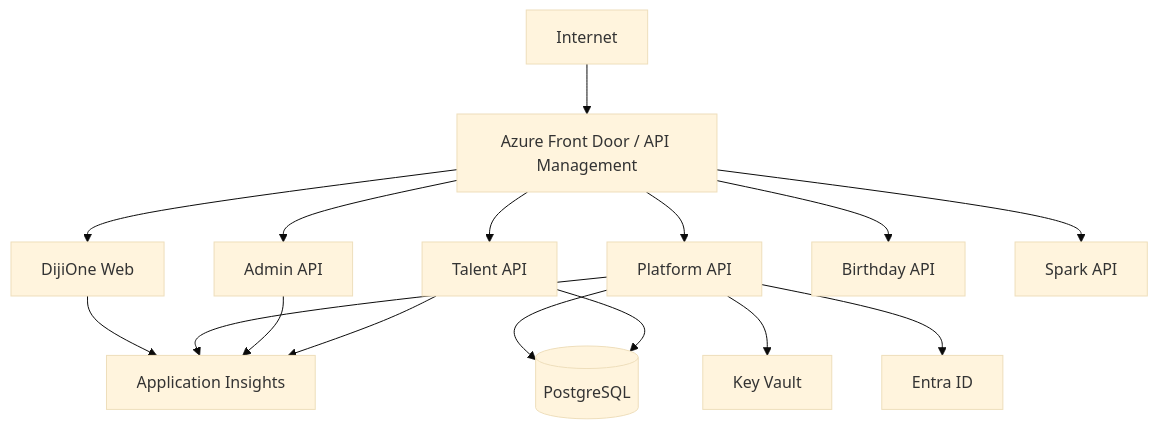
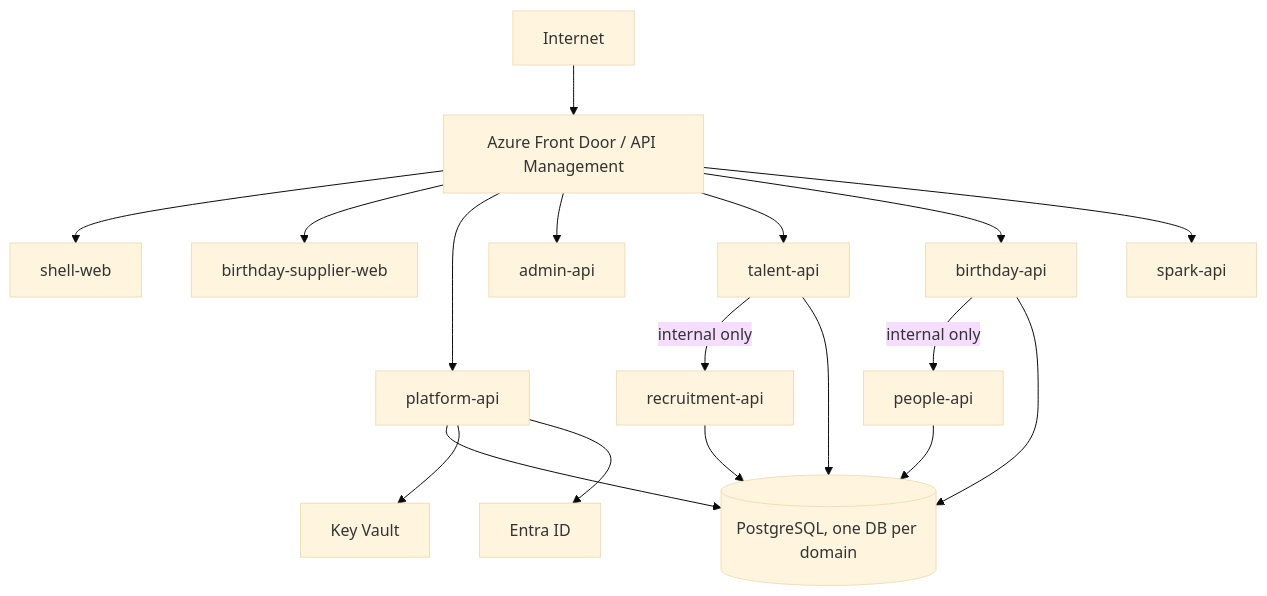
Before and after one commit to IMWeeriyasinghe/dijione-platform: the diagram in docs/platform/service-contracts.md, drawn with Mermaid (base theme). The commit also changed other lines of this file and 67 other files, not shown here.

````diff
--- a/docs/platform/service-contracts.md
+++ b/docs/platform/service-contracts.md
@@ -179,18 +249,20 @@
 ```mermaid
 flowchart TB
     Internet --> AFD[Azure Front Door / API Management]
-    AFD --> ShellWeb[DijiOne Web]
-    AFD --> PlatformAPI[Platform API]
-    AFD --> AdminAPI[Admin API]
-    AFD --> TalentAPI[Talent API]
-    AFD --> BirthdayAPI[Birthday API]
-    AFD --> SparkAPI[Spark API]
-    PlatformAPI --> PG[(PostgreSQL)]
+    AFD --> ShellWeb[shell-web]
+    AFD --> SupplierWeb[birthday-supplier-web]
+    AFD --> PlatformAPI[platform-api]
+    AFD --> AdminAPI[admin-api]
+    AFD --> TalentAPI[talent-api]
+    AFD --> BirthdayAPI[birthday-api]
+    AFD --> SparkAPI[spark-api]
+    TalentAPI -->|internal only| RecAPI[recruitment-api]
+    BirthdayAPI -->|internal only| PeopleAPI[people-api]
+    PlatformAPI --> PG[(PostgreSQL, one DB per domain)]
     TalentAPI --> PG
+    RecAPI --> PG
+    PeopleAPI --> PG
+    BirthdayAPI --> PG
     PlatformAPI --> KV[Key Vault]
     PlatformAPI --> Entra[Entra ID]
-    ShellWeb --> AI[Application Insights]
-    PlatformAPI --> AI
-    AdminAPI --> AI
-    TalentAPI --> AI
 ```
````
